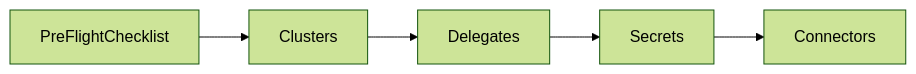
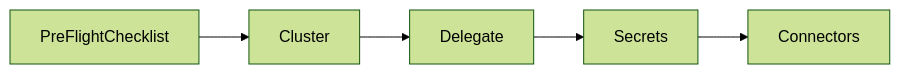
Before and after one commit to harness-community/cd-pipeline-sample: the diagram in README.md, drawn with Mermaid (forest theme).

````diff
--- a/README.md
+++ b/README.md
@@ -11,5 +11,5 @@
 ```mermaid
 graph LR
 
-PreFlightChecklist --> Clusters --> Delegates --> Secrets --> Connectors
+PreFlightChecklist --> Cluster --> Delegate --> Secrets --> Connectors
 ```
````
